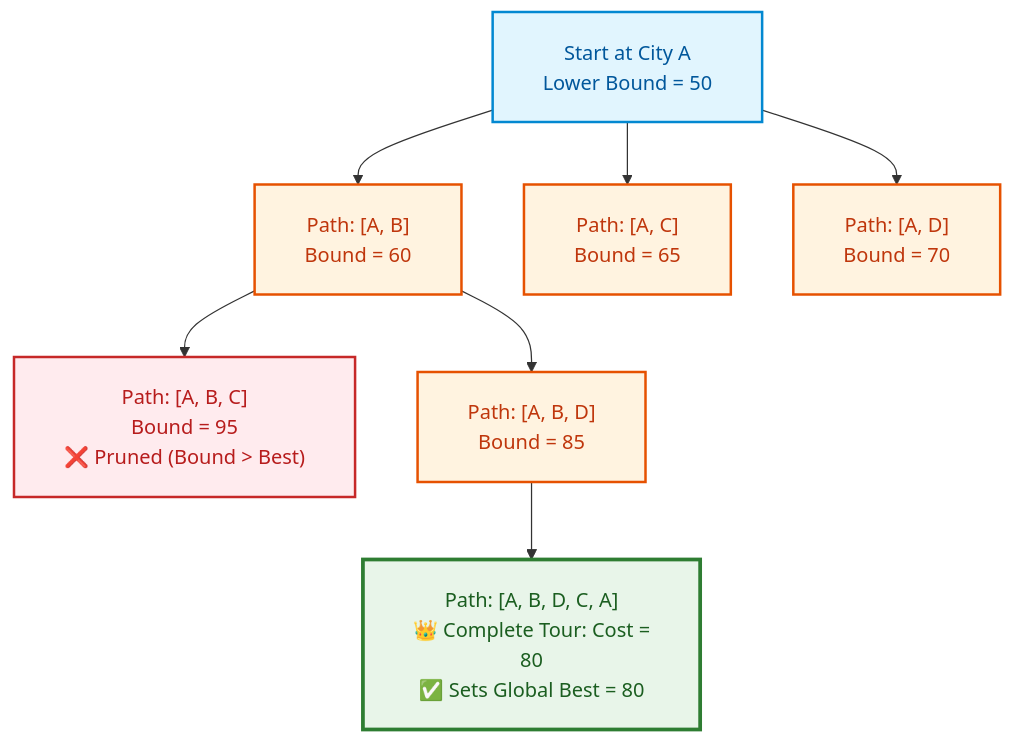
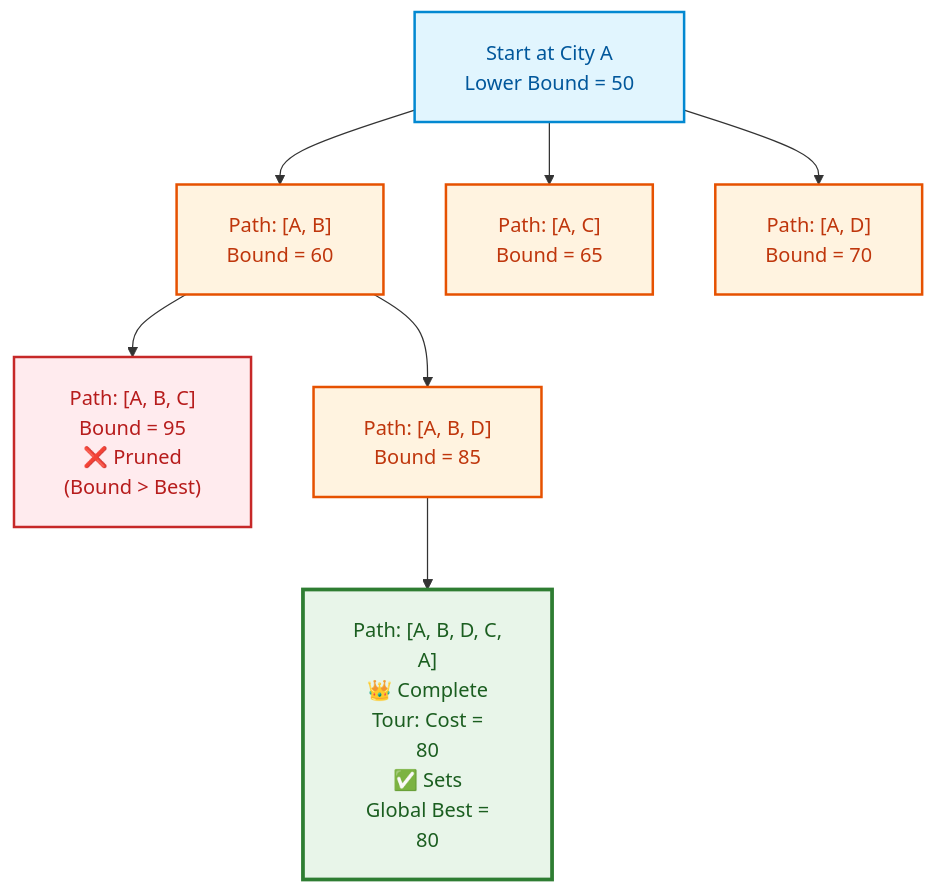
Before and after one commit to dip4k/DSA_102: the fourth of 5 diagrams in week_13_backtracking_and_branch_bound/Week_13_Visual_Concepts_Playbook_HYBRID.md, drawn with Mermaid. The commit also changed other lines of this file and 106 other files, not shown here.

First line of the commit message:
fix(mermaid): prevent text clipping with foreignObject overflow and tighter line wrapping

````diff
--- a/week_13_backtracking_and_branch_bound/Week_13_Visual_Concepts_Playbook_HYBRID.md
+++ b/week_13_backtracking_and_branch_bound/Week_13_Visual_Concepts_Playbook_HYBRID.md
@@ -1276,28 +1276,28 @@
 ```mermaid
-%%{init: {"flowchart": {"htmlLabels": true, "padding": 20}}}%%
+%%{init: {"flowchart": {"htmlLabels": true, "padding": 20}, "themeCSS": "foreignObject { overflow: visible !important; }"}}%%
 graph TD
     classDef rootNode fill:#e1f5fe,stroke:#0288d1,stroke-width:2px,color:#01579b
     classDef activeNode fill:#fff3e0,stroke:#e65100,stroke-width:2px,color:#bf360c
     classDef prunedNode fill:#ffebee,stroke:#c62828,stroke-width:2px,color:#b71c1c
     classDef bestNode fill:#e8f5e9,stroke:#2e7d32,stroke-width:3px,color:#1b5e20
 
     Root["Start at City A<br/>Lower Bound = 50"]:::rootNode
 
     AB["Path: [A, B]<br/>Bound = 60"]:::activeNode
     AC["Path: [A, C]<br/>Bound = 65"]:::activeNode
     AD["Path: [A, D]<br/>Bound = 70"]:::activeNode
 
     Root --> AB
     Root --> AC
     Root --> AD
 
-    ABC["Path: [A, B, C]<br/>Bound = 95<br/>❌ Pruned (Bound > Best)"]:::prunedNode
+    ABC["Path: [A, B, C]<br/>Bound = 95<br/>❌ Pruned<br/>(Bound > Best)"]:::prunedNode
     ABD["Path: [A, B, D]<br/>Bound = 85"]:::activeNode
 
     AB --> ABC
     AB --> ABD
 
-    ABDC["Path: [A, B, D, C, A]<br/>👑 Complete Tour: Cost =<br/>80<br/>✅ Sets Global Best = 80"]:::bestNode
+    ABDC["Path: [A, B, D, C,<br/>A]<br/>👑 Complete<br/>Tour: Cost =<br/>80<br/>✅ Sets<br/>Global Best =<br/>80"]:::bestNode
 
     ABD --> ABDC
 ```
````
